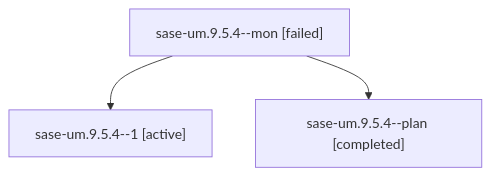
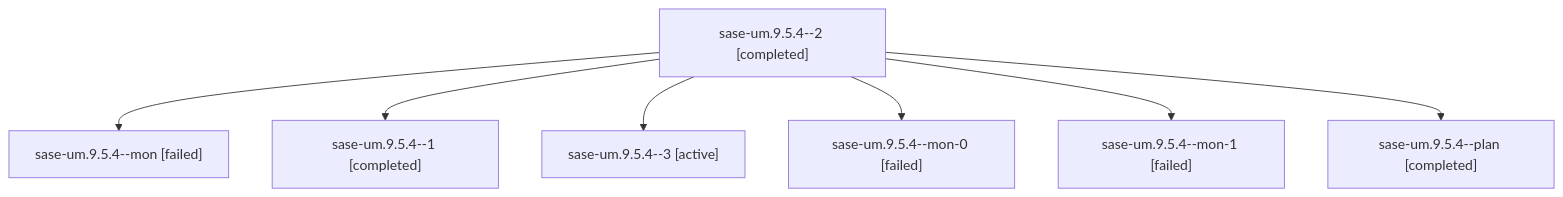
The diagram in families/bbugyi200.athena.sase-um.9.5.4.md (sase-org/sase--agents), drawn with Mermaid before and after one commit. The commit also changed other lines of this file and 158 other files, not shown here.

````diff
--- a/families/bbugyi200.athena.sase-um.9.5.4.md
+++ b/families/bbugyi200.athena.sase-um.9.5.4.md
@@ -9,8 +9,16 @@
 ```mermaid
 flowchart TD
-  n0["sase-um.9.5.4--mon [failed]"]
-  n1["sase-um.9.5.4--1 [active]"]
+  n0["sase-um.9.5.4--2 [completed]"]
+  n1["sase-um.9.5.4--mon [failed]"]
   n0 --> n1
-  n2["sase-um.9.5.4--plan [completed]"]
+  n2["sase-um.9.5.4--1 [completed]"]
   n0 --> n2
+  n3["sase-um.9.5.4--3 [active]"]
+  n0 --> n3
+  n4["sase-um.9.5.4--mon-0 [failed]"]
+  n0 --> n4
+  n5["sase-um.9.5.4--mon-1 [failed]"]
+  n0 --> n5
+  n6["sase-um.9.5.4--plan [completed]"]
+  n0 --> n6
 ```
````
